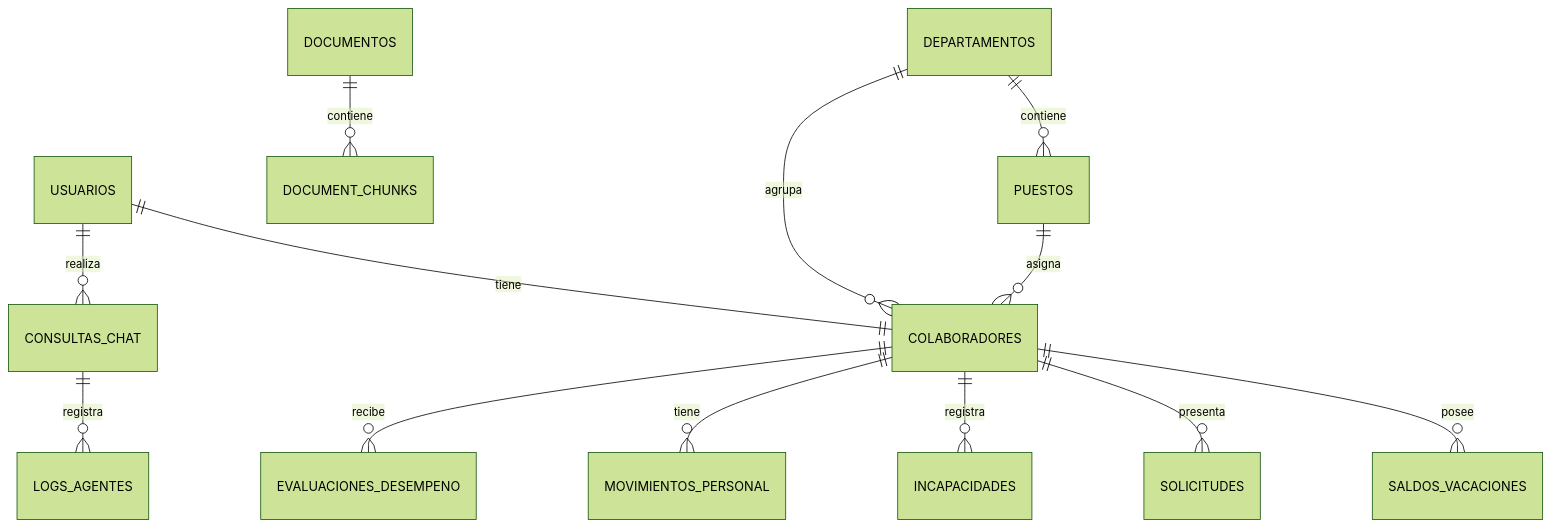
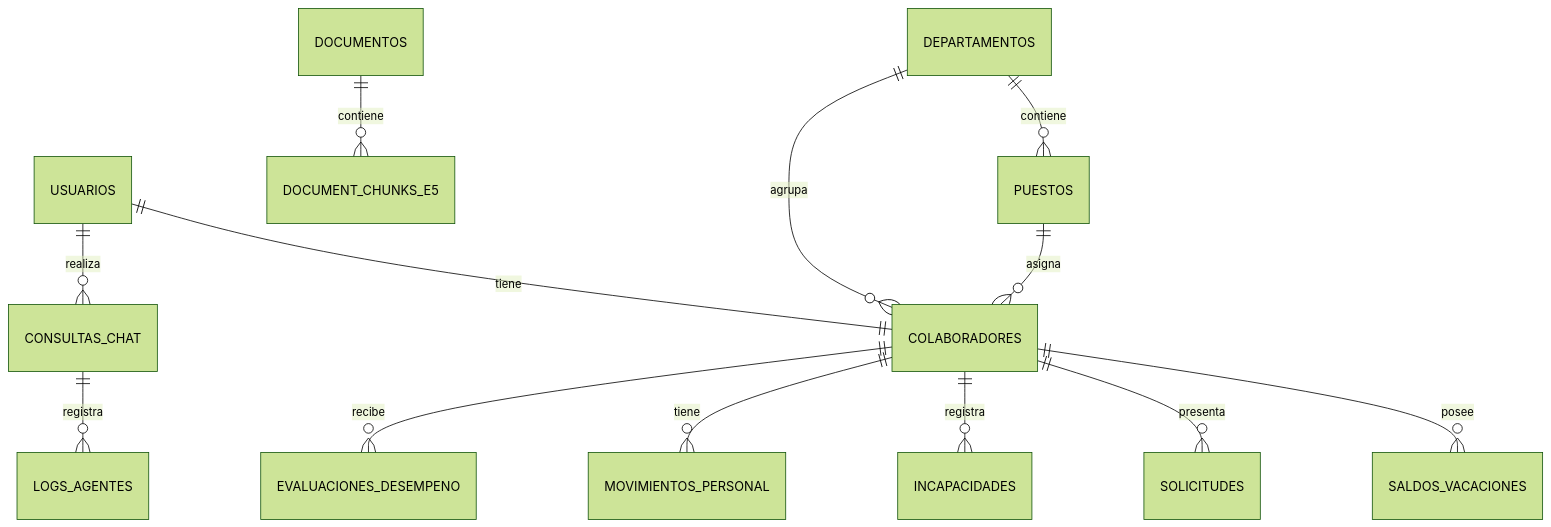
One commit to salgueroreymond2-tech/miniproyecto-2-BE changed the second of 2 diagrams in docs/database-erd.md. Above: the diagram before and after it, drawn with Mermaid (forest theme). The commit also changed other lines of this file and 4 other files, not shown here.

````diff
--- a/docs/database-erd.md
+++ b/docs/database-erd.md
@@ -11,15 +12,15 @@
 ```mermaid
 erDiagram
   USUARIOS ||--|| COLABORADORES : tiene
   DEPARTAMENTOS ||--o{ PUESTOS : contiene
   DEPARTAMENTOS ||--o{ COLABORADORES : agrupa
   PUESTOS ||--o{ COLABORADORES : asigna
   COLABORADORES ||--o{ SALDOS_VACACIONES : posee
   COLABORADORES ||--o{ SOLICITUDES : presenta
   COLABORADORES ||--o{ INCAPACIDADES : registra
   COLABORADORES ||--o{ MOVIMIENTOS_PERSONAL : tiene
   COLABORADORES ||--o{ EVALUACIONES_DESEMPENO : recibe
   USUARIOS ||--o{ CONSULTAS_CHAT : realiza
   CONSULTAS_CHAT ||--o{ LOGS_AGENTES : registra
-  DOCUMENTOS ||--o{ DOCUMENT_CHUNKS : contiene
+  DOCUMENTOS ||--o{ DOCUMENT_CHUNKS_E5 : contiene
 ```
````
